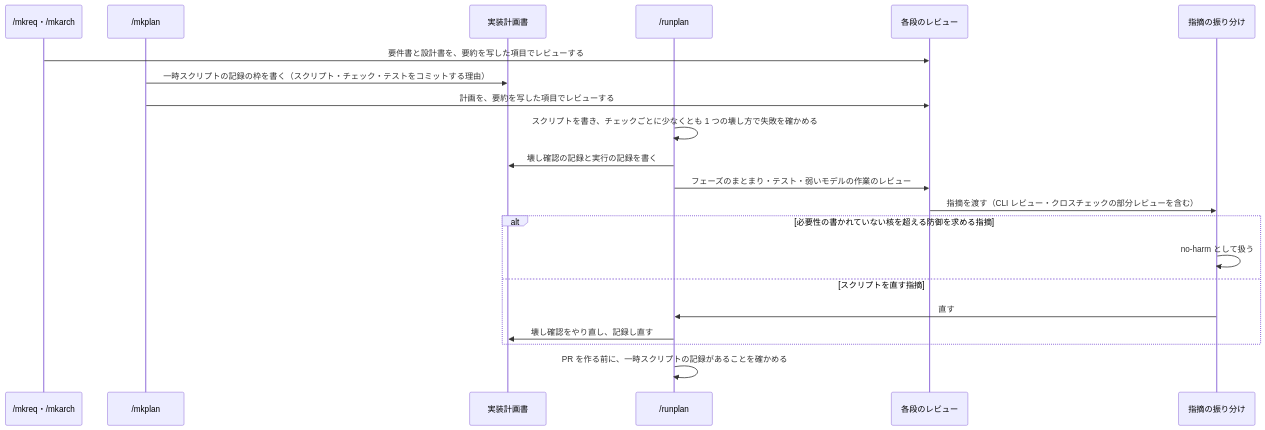
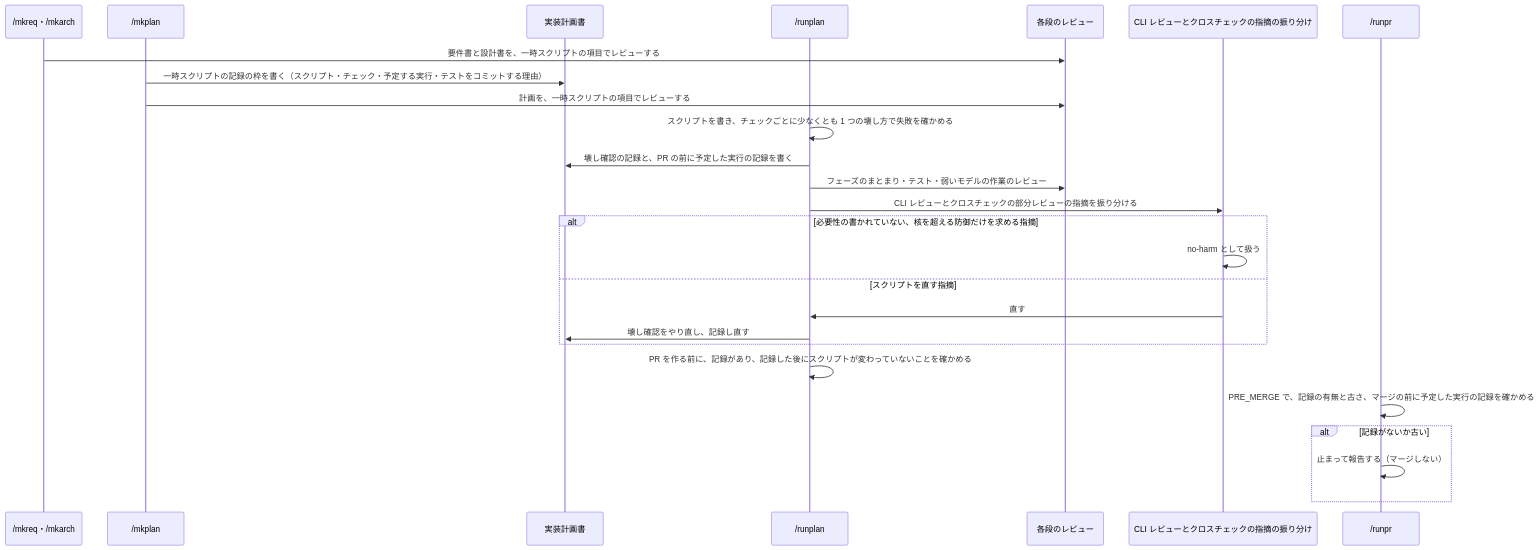
Before and after one commit to isseis/yt2column: the third of 5 diagrams in docs/tasks/0124_checks_proportion/02_architecture.md, drawn with Mermaid. The commit also changed other lines of this file and 3 other files, not shown here.

First line of the commit message:
docs(0124): apply the architecture review and prose fixes

````diff
--- a/docs/tasks/0124_checks_proportion/02_architecture.md
+++ b/docs/tasks/0124_checks_proportion/02_architecture.md
@@ -217,24 +204,29 @@
 ```mermaid
 sequenceDiagram
     participant RQ as /mkreq・/mkarch
     participant MP as /mkplan
     participant PL as 実装計画書
     participant RP as /runplan
     participant RV as 各段のレビュー
-    participant TR as 指摘の振り分け
+    participant TR as CLI レビューとクロスチェックの指摘の振り分け
+    participant RR as /runpr
 
-    RQ->>RV: 要件書と設計書を、要約を写した項目でレビューする
-    MP->>PL: 一時スクリプトの記録の枠を書く（スクリプト・チェック・テストをコミットする理由）
-    MP->>RV: 計画を、要約を写した項目でレビューする
+    RQ->>RV: 要件書と設計書を、一時スクリプトの項目でレビューする
+    MP->>PL: 一時スクリプトの記録の枠を書く（スクリプト・チェック・予定する実行・テストをコミットする理由）
+    MP->>RV: 計画を、一時スクリプトの項目でレビューする
     RP->>RP: スクリプトを書き、チェックごとに少なくとも 1 つの壊し方で失敗を確かめる
-    RP->>PL: 壊し確認の記録と実行の記録を書く
+    RP->>PL: 壊し確認の記録と、PR の前に予定した実行の記録を書く
     RP->>RV: フェーズのまとまり・テスト・弱いモデルの作業のレビュー
-    RV->>TR: 指摘を渡す（CLI レビュー・クロスチェックの部分レビューを含む）
-    alt 必要性の書かれていない核を超える防御を求める指摘
+    RP->>TR: CLI レビューとクロスチェックの部分レビューの指摘を振り分ける
+    alt 必要性の書かれていない、核を超える防御だけを求める指摘
         TR->>TR: no-harm として扱う
     else スクリプトを直す指摘
         TR->>RP: 直す
         RP->>PL: 壊し確認をやり直し、記録し直す
     end
-    RP->>RP: PR を作る前に、一時スクリプトの記録があることを確かめる
+    RP->>RP: PR を作る前に、記録があり、記録した後にスクリプトが変わっていないことを確かめる
+    RR->>RR: PRE_MERGE で、記録の有無と古さ、マージの前に予定した実行の記録を確かめる
+    alt 記録がないか古い
+        RR->>RR: 止まって報告する（マージしない）
+    end
 ```
````
